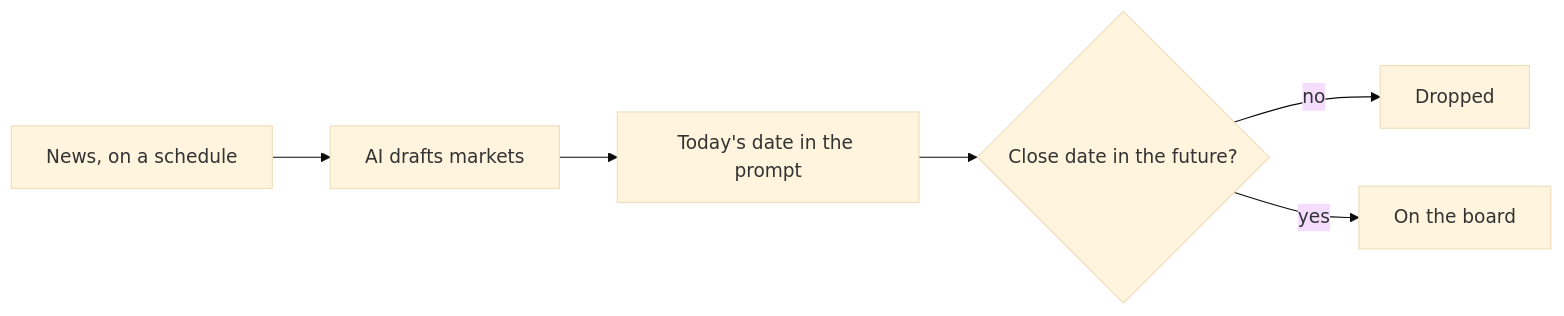
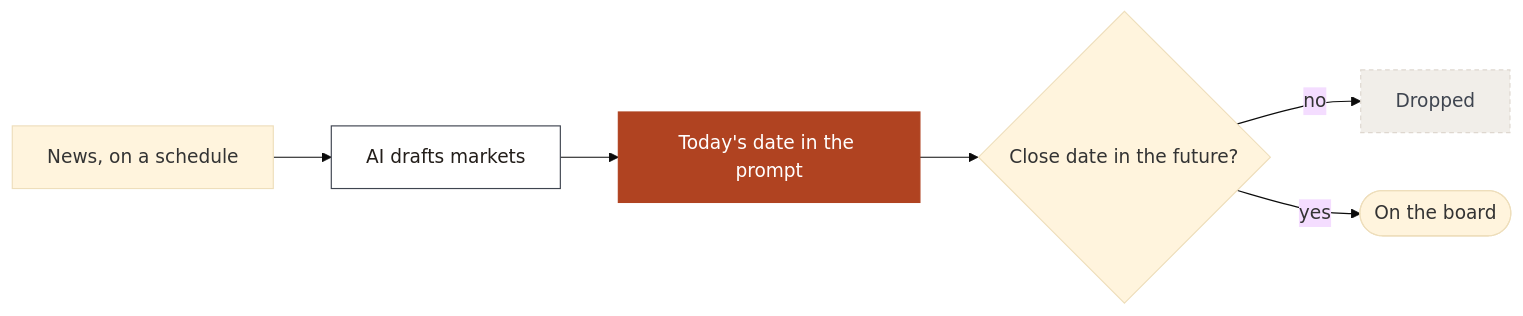
One commit to hbarsky00/barsky-design-canvas changed the diagram in docs/diagrams/stips/news-to-board.mmd. Above: the diagram before and after it, drawn with Mermaid (base theme). The commit also changed 53 other files, not shown here.

First line of the commit message:
Redraw every diagram so they read at 1:1 and stop looking like one template

```diff
--- a/docs/diagrams/stips/news-to-board.mmd
+++ b/docs/diagrams/stips/news-to-board.mmd
@@ -1,6 +1,13 @@
 flowchart LR
+  classDef old fill:#F1EEE9,stroke:#DED7CF,color:#3F4550,stroke-dasharray:4 3
+  classDef gate fill:#B04321,stroke:#B04321,color:#FFFFFF
+  classDef out fill:#FBFAF8,stroke:#DED7CF,color:#3F4550,stroke-dasharray:4 3
+  classDef ai fill:#FFFFFF,stroke:#3F4550,color:#231E1A
   a[News, on a schedule] --> b[AI drafts markets]
   b --> c[Today's date in the prompt]
   c --> d{Close date in the future?}
   d -->|no| x[Dropped]
-  d -->|yes| e[On the board]
+  d -->|yes| e([On the board])
+  class b ai
+  class c gate
+  class x old
```
